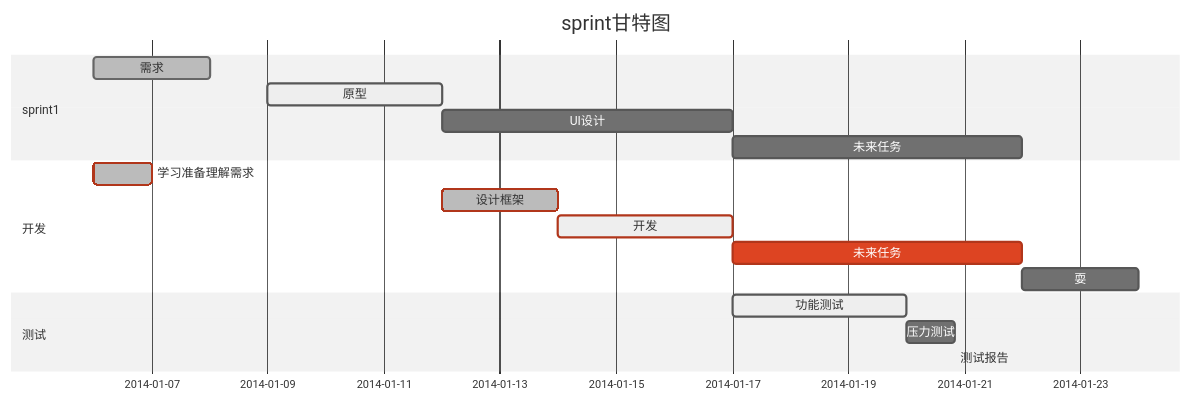
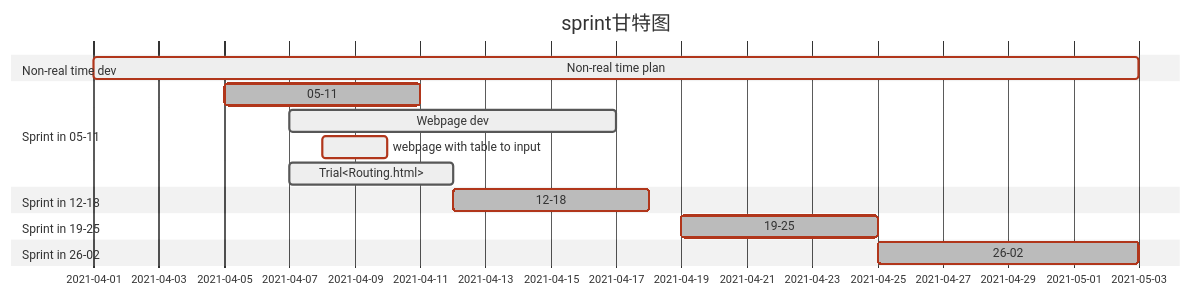
One commit to medic0803/Ginkgo-RnD-Project-Floodlight changed the diagram in wiki/web_page(dev)/Sprint 任务规划.md. Above: the diagram before and after it, drawn with Mermaid (neutral theme). The commit also changed other lines of this file and 2 other files, not shown here.

Commit message:
small commit: update wiki

````diff
--- a/wiki/web_page(dev)/Sprint 任务规划.md
+++ b/wiki/web_page(dev)/Sprint 任务规划.md
@@ -5,20 +5,18 @@
 ```mermaid
 gantt
 dateFormat  YYYY-MM-DD
 title sprint甘特图
-section sprint1
-    需求                      :done,    des1, 2014-01-06,2014-01-08
-    原型                      :active,  des2, 2014-01-09, 3d
-    UI设计                     :         des3, after des2, 5d
-    未来任务                     :         des4, after des3, 5d
-section 开发
-    学习准备理解需求                      :crit, done, 2014-01-06,24h
-    设计框架                             :crit, done, after des2, 2d
-    开发                                 :crit, active, 3d
-    未来任务                              :crit, 5d
-    耍                                   :2d
-section 测试
-    功能测试                              :active, a1, after des3, 3d
-    压力测试                               :after a1  , 20h
-    测试报告                               : 48
+section Non-real time dev
+    Non-real time plan              :crit,active,des1, 2021-04-01,2021-05-03
+section Sprint in 05-11
+	05-11 :crit,done,2021-04-05,2021-04-11
+    Webpage dev							:active, 2021-04-07, 10d
+    webpage with table to input			:crit,active, 2021-04-08, 2021-04-10
+    Trial<Routing.html>					:active,2021-04-07,5d
+section Sprint in 12-18
+	12-18 :crit,done,2021-04-12,2021-04-18
+section Sprint in 19-25
+	19-25 :crit,done,2021-04-19,2021-04-25
+section Sprint in 26-02
+	26-02 :crit,done,2021-04-25,2021-05-03
 ```
````
